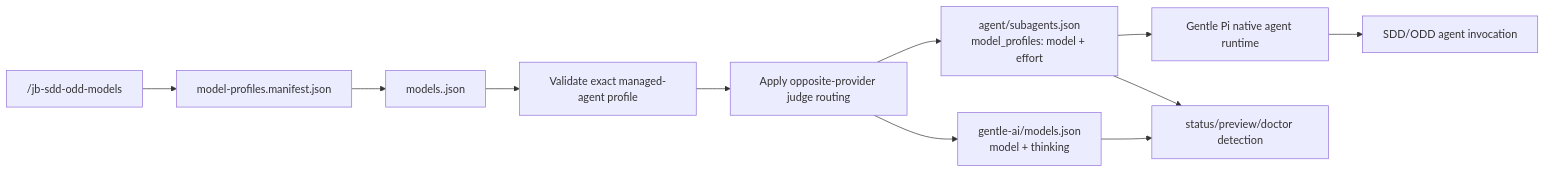
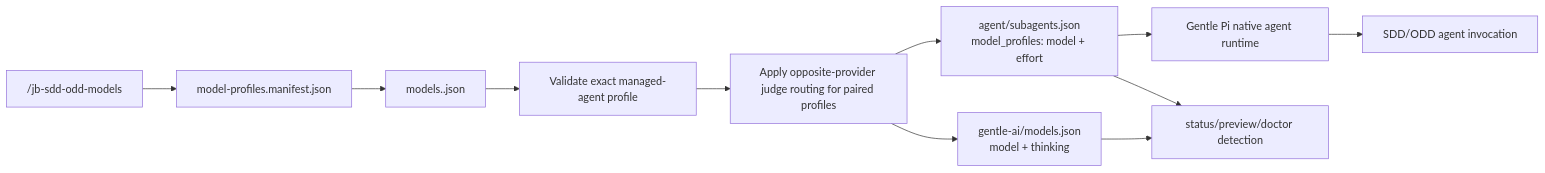
The diagram in MODEL_SWITCHING.md (julianbruno/pissdmodelswitch), drawn with Mermaid before and after one commit. The commit also changed other lines of this file and 27 other files, not shown here.

````diff
--- a/MODEL_SWITCHING.md
+++ b/MODEL_SWITCHING.md
@@ -7,13 +7,13 @@
 ```mermaid
 flowchart LR
   C["/jb-sdd-odd-models <profile>"] --> M["model-profiles.manifest.json"]
   M --> P["models.<profile>.json"]
   P --> V["Validate exact managed-agent profile"]
-  V --> O["Apply opposite-provider judge routing"]
+  V --> O["Apply opposite-provider judge routing for paired profiles"]
   O --> A["gentle-ai/models.json\nmodel + thinking"]
   O --> R["agent/subagents.json\nmodel_profiles: model + effort"]
   R --> G["Gentle Pi native agent runtime"]
   G --> S["SDD/ODD agent invocation"]
   A --> T["status/preview/doctor detection"]
   R --> T
 ```
````
